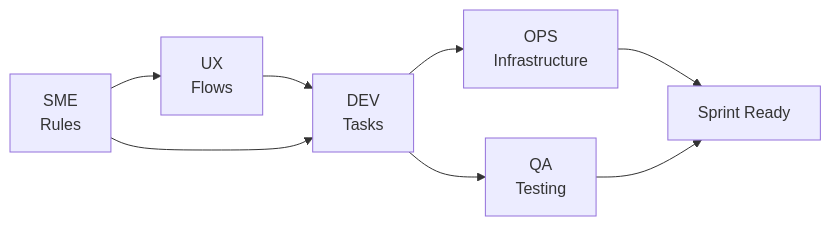
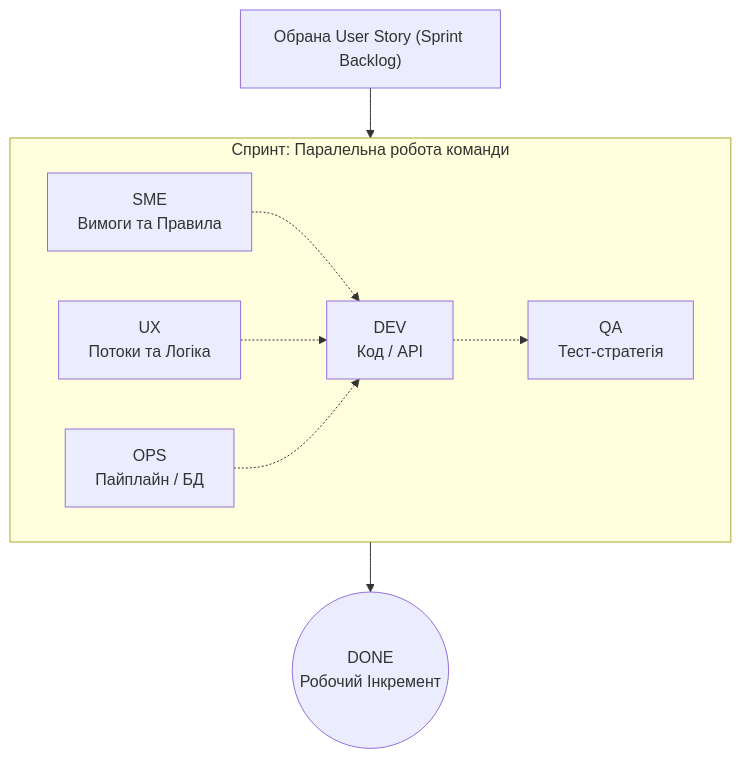
One commit to vplanto/java changed the diagram in docs/02_semester/workshop/plan.md. Above: the diagram before and after it, drawn with Mermaid. The commit also changed other lines of this file and 4 other files, not shown here.

````diff
--- a/docs/02_semester/workshop/plan.md
+++ b/docs/02_semester/workshop/plan.md
@@ -73,10 +73,19 @@
 ```mermaid
-graph LR
-    SME["SME<br/>Rules"] --> UX["UX<br/>Flows"]
-    UX --> DEV["DEV<br/>Tasks"]
-    SME --> DEV
-    DEV --> OPS["OPS<br/>Infrastructure"]
-    DEV --> QA["QA<br/>Testing"]
-    OPS --> DONE["Sprint Ready"]
-    QA --> DONE
+graph TD
+    US["Обрана User Story (Sprint Backlog)"] --> PARALLEL
+
+    subgraph PARALLEL ["Спринт: Паралельна робота команди"]
+        SME["SME<br/>Вимоги та Правила"] 
+        UX["UX<br/>Потоки та Логіка"] 
+        DEV["DEV<br/>Код / API"] 
+        OPS["OPS<br/>Пайплайн / БД"] 
+        QA["QA<br/>Тест-стратегія"]
+
+        SME -.-> DEV
+        UX -.-> DEV
+        DEV -.-> QA
+        OPS -.-> DEV
+    end
+
+    PARALLEL --> DONE(("DONE<br/>Робочий Інкремент"))
 ```
````
